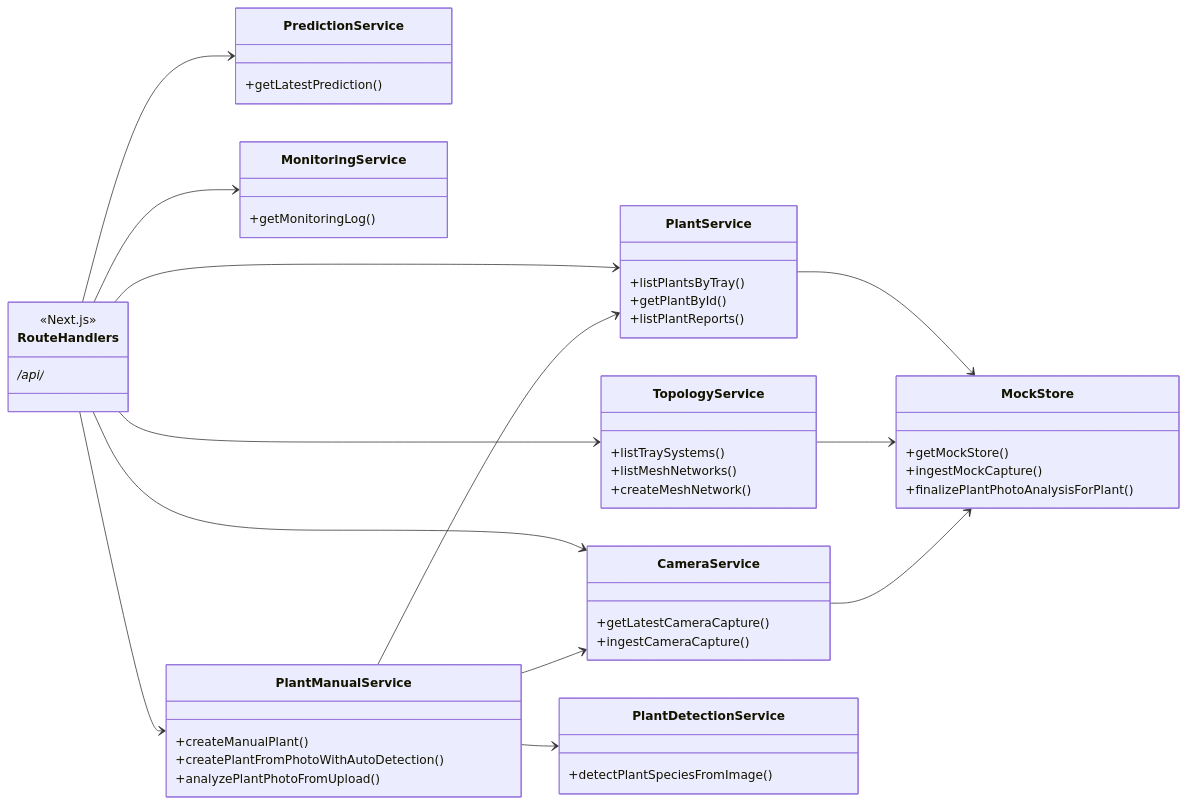
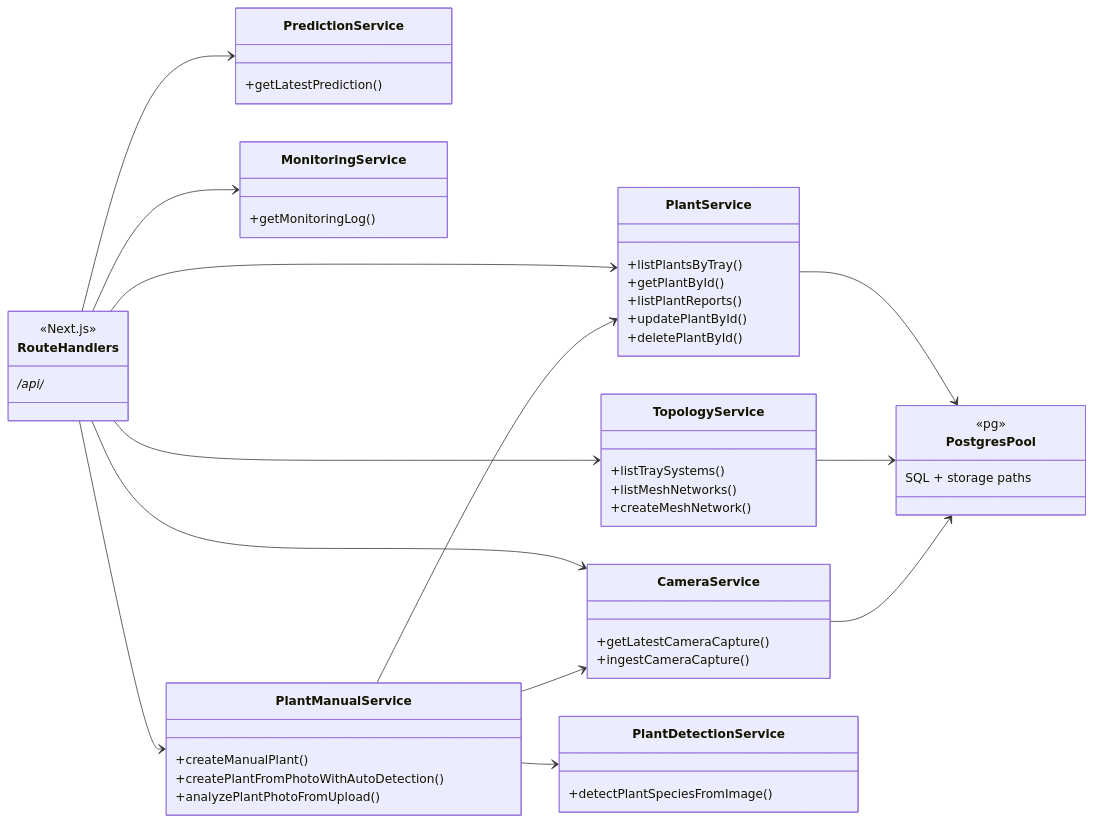
One commit to Agri-Home/agrihome changed the second of 2 diagrams in docs/diagrams/03-uml.md. Above: the diagram before and after it, drawn with Mermaid. The commit also changed other lines of this file and 33 other files, not shown here.

````diff
--- a/docs/diagrams/03-uml.md
+++ b/docs/diagrams/03-uml.md
@@ -101,63 +106,64 @@
 ```mermaid
 classDiagram
   direction LR
 
   class RouteHandlers {
     <<Next.js>>
     /api/*
   }
 
   class PlantService {
     +listPlantsByTray()
     +getPlantById()
     +listPlantReports()
+    +updatePlantById()
+    +deletePlantById()
   }
 
   class TopologyService {
     +listTraySystems()
     +listMeshNetworks()
     +createMeshNetwork()
   }
 
   class CameraService {
     +getLatestCameraCapture()
     +ingestCameraCapture()
   }
 
   class PredictionService {
     +getLatestPrediction()
   }
 
   class MonitoringService {
     +getMonitoringLog()
   }
 
   class PlantManualService {
     +createManualPlant()
     +createPlantFromPhotoWithAutoDetection()
     +analyzePlantPhotoFromUpload()
   }
 
   class PlantDetectionService {
     +detectPlantSpeciesFromImage()
   }
 
-  class MockStore {
-    +getMockStore()
-    +ingestMockCapture()
-    +finalizePlantPhotoAnalysisForPlant()
+  class PostgresPool {
+    <<pg>>
+    SQL + storage paths
   }
 
   RouteHandlers --> PlantService
   RouteHandlers --> TopologyService
   RouteHandlers --> CameraService
   RouteHandlers --> PredictionService
   RouteHandlers --> MonitoringService
   RouteHandlers --> PlantManualService
   PlantManualService --> PlantDetectionService
   PlantManualService --> PlantService
   PlantManualService --> CameraService
-  PlantService --> MockStore
-  TopologyService --> MockStore
-  CameraService --> MockStore
+  PlantService --> PostgresPool
+  TopologyService --> PostgresPool
+  CameraService --> PostgresPool
 ```
````
